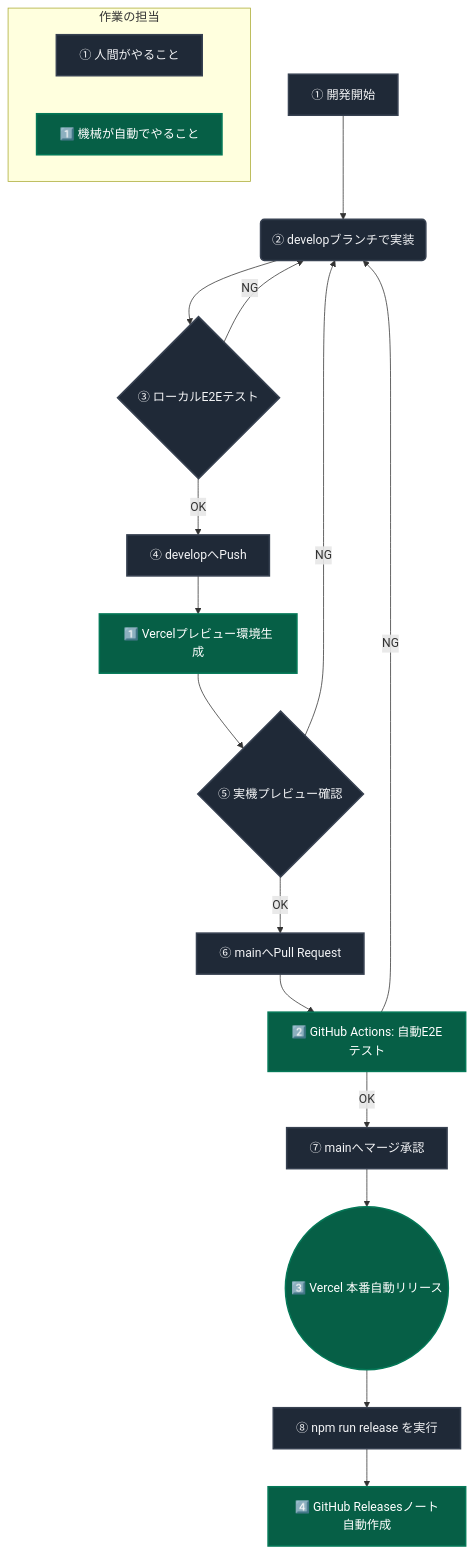
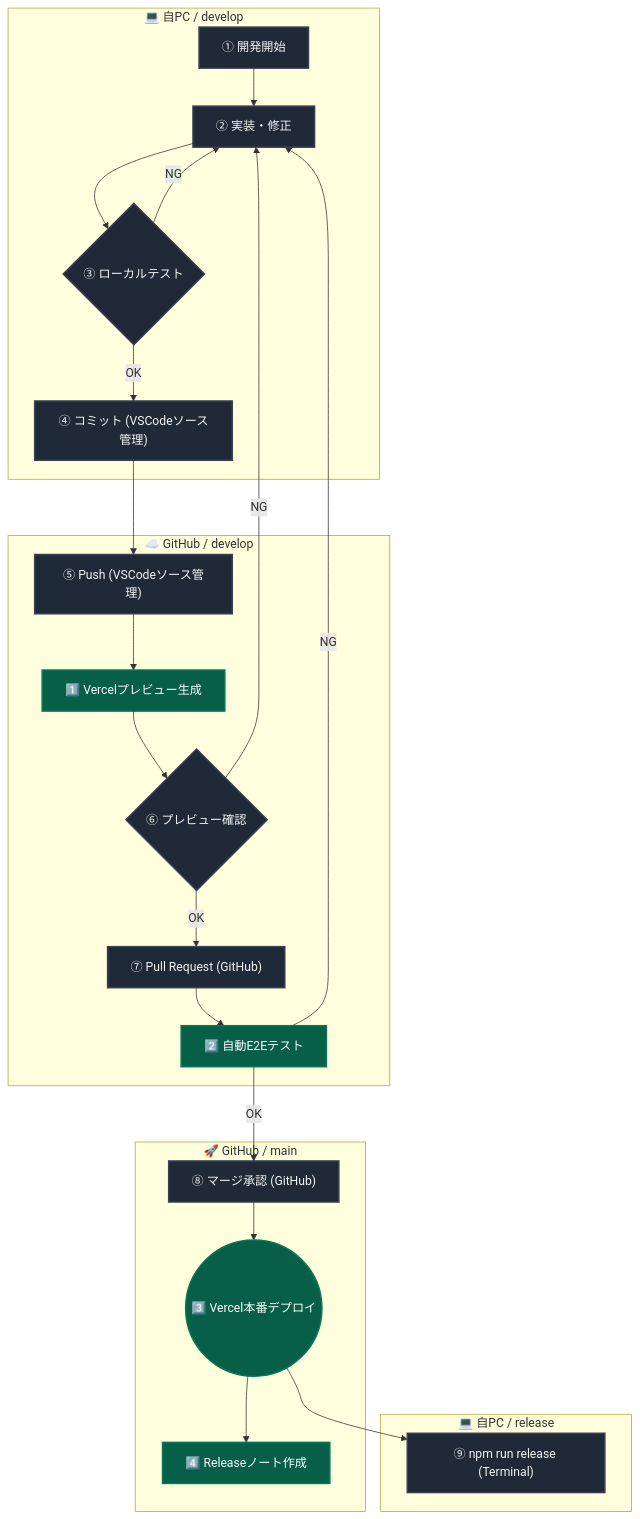
Before and after one commit to ore-no-fusen/qr-designer: the diagram in docs/005_WORKFLOW.md, drawn with Mermaid. The commit also changed other lines of this file, not shown here.

````diff
--- a/docs/005_WORKFLOW.md
+++ b/docs/005_WORKFLOW.md
@@ -39,30 +30,42 @@
 ```mermaid
 graph TD
-    %% 凡例
-    subgraph Legend [作業の担当]
-        L1[① 人間がやること]
-        L2[1️⃣ 機械が自動でやること]
+    subgraph PC_DEV ["💻 自PC / develop"]
+        A[① 開発開始] --> B[② 実装・修正]
+        B --> C{③ ローカルテスト}
+        C -->|NG| B
+        C -->|OK| D["④ コミット (VSCodeソース管理)"]
     end
 
-    A[① 開発開始] --> B(② developブランチで実装)
-    B --> C{③ ローカルE2Eテスト}
-    C -->|NG| B
-    C -->|OK| D[④ developへPush]
-    D --> E[1️⃣ Vercelプレビュー環境生成]
-    E --> F{⑤ 実機プレビュー確認}
-    F -->|NG| B
-    F -->|OK| G[⑥ mainへPull Request]
-    G --> H[2️⃣ GitHub Actions: 自動E2Eテスト]
-    H -->|NG| B
-    H -->|OK| I[⑦ mainへマージ承認]
-    I --> J((3️⃣ Vercel 本番自動リリース))
-    J --> K["⑧ npm run release を実行"]
-    K --> L[4️⃣ GitHub Releasesノート自動作成]
-    
+    subgraph GH_DEV ["☁️ GitHub / develop"]
+        E["⑤ Push (VSCodeソース管理)"]
+        F[1️⃣ Vercelプレビュー生成]
+        G{⑥ プレビュー確認}
+        H["⑦ Pull Request (GitHub)"]
+        I[2️⃣ 自動E2Eテスト]
+        E --> F --> G
+        G -->|NG| B
+        G -->|OK| H --> I
+        I -->|NG| B
+    end
+
+    subgraph GH_PROD ["🚀 GitHub / main"]
+        J["⑧ マージ承認 (GitHub)"]
+        K((3️⃣ Vercel本番デプロイ))
+        L[4️⃣ Releaseノート作成]
+        J --> K --> L
+    end
+
+    subgraph PC_PROD ["💻 自PC / release"]
+        M["⑨ npm run release (Terminal)"]
+    end
+
+    D --> E
+    I -->|OK| J
+    K --> M
+
     classDef human fill:#1f2937,stroke:#374151,stroke-width:2px,color:#f3f4f6;
     classDef auto fill:#065f46,stroke:#047857,stroke-width:2px,color:#ffffff;
-    classDef fail fill:#be123c,stroke:#9f1239,stroke-width:2px,color:#ffffff;
-    
-    class A,B,C,D,F,G,I,K,L1 human;
-    class E,H,J,L,L2 auto;
+
+    class A,B,C,D,E,G,H,J,M human;
+    class F,I,K,L auto;
 ```
````
